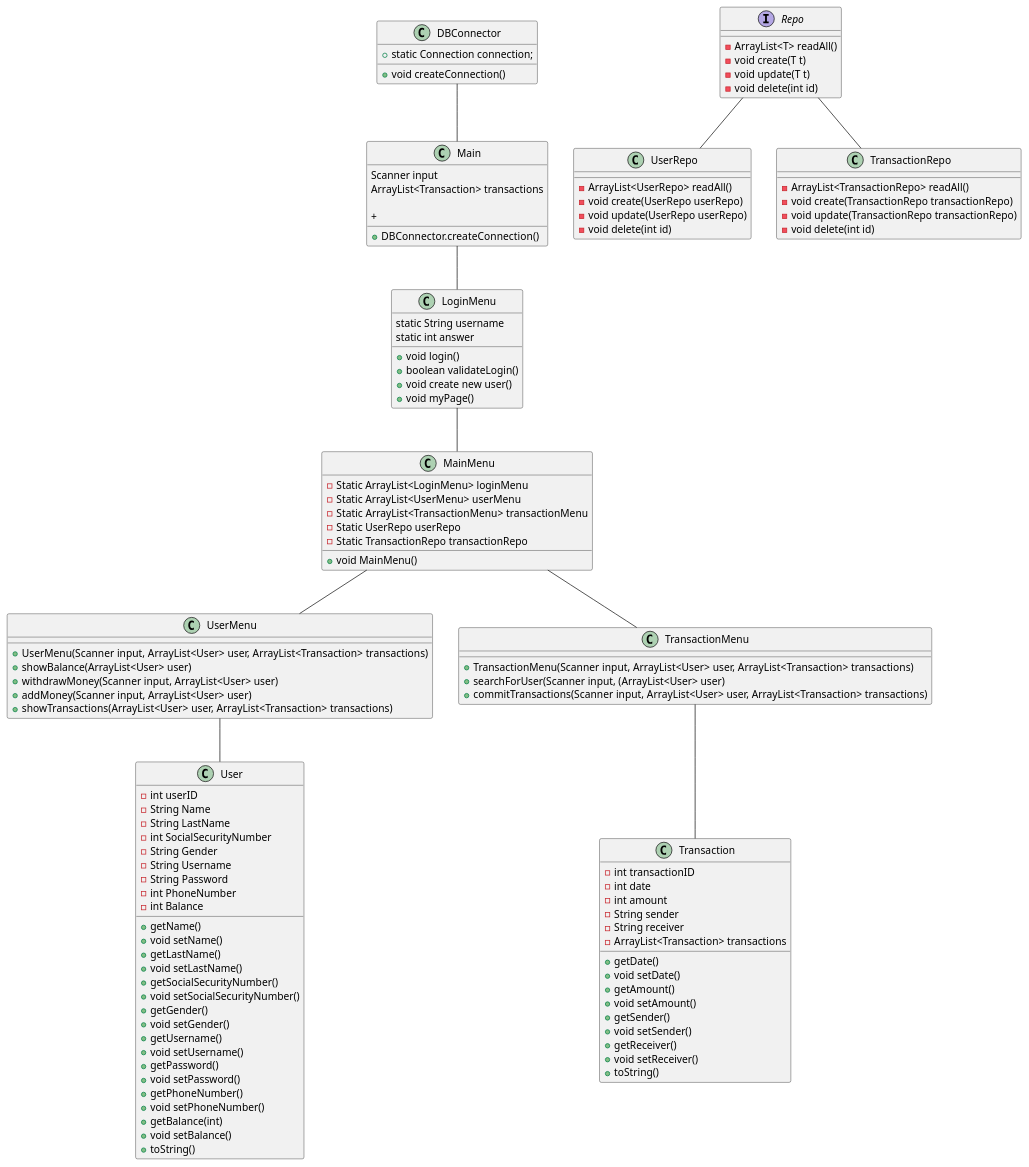
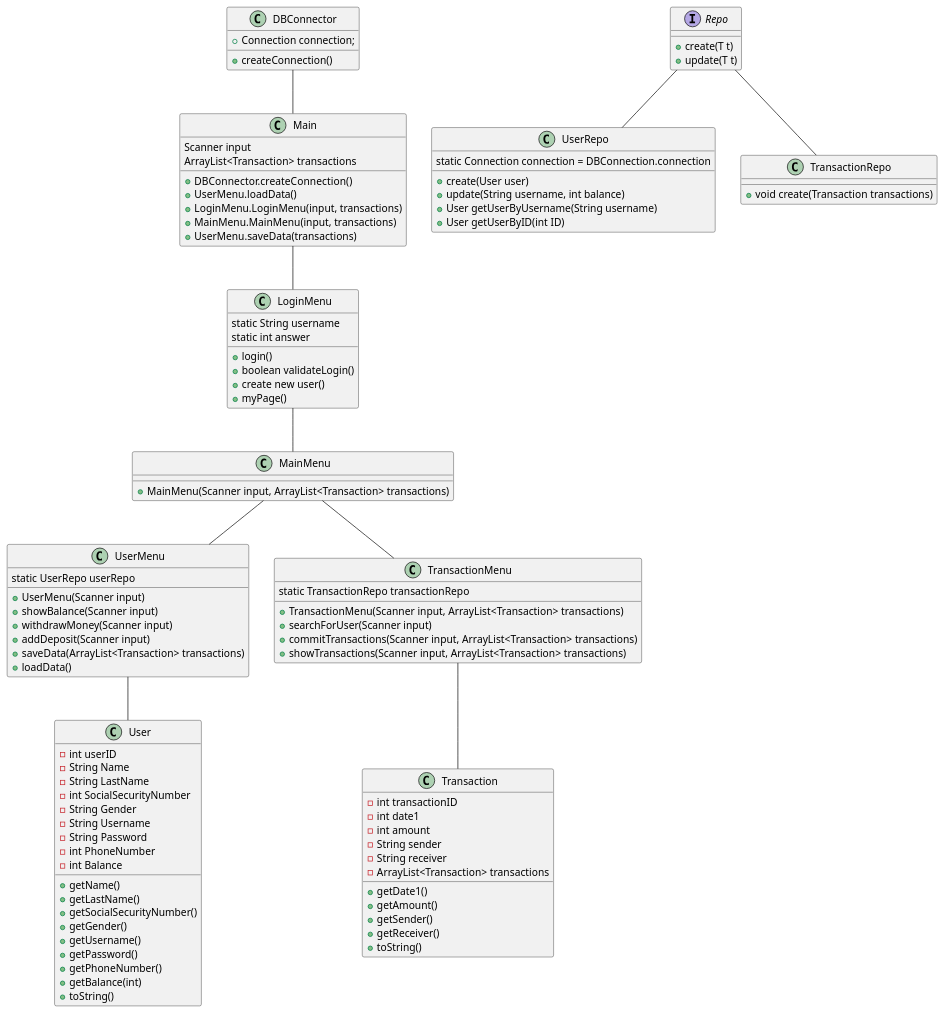
One commit to Ravnkilde1995/F22ICEPROJEKT-SWASS changed the diagram in src/dokumentation/ClassDiagramTwo.puml. Above: the diagram before and after it, drawn with PlantUML. The commit also changed 4 other files, not shown here.

Commit message:
Correction of uml diagram

```diff
--- a/src/dokumentation/ClassDiagramTwo.puml
+++ b/src/dokumentation/ClassDiagramTwo.puml
@@ -1,125 +1,118 @@
 @startuml
 
 DBConnector -- Main
 Main -- LoginMenu
 LoginMenu -- MainMenu
 MainMenu -- UserMenu
 MainMenu -- TransactionMenu
 UserMenu -- User
 TransactionMenu -- Transaction
 Repo -- UserRepo
 Repo -- TransactionRepo
 
 class DBConnector {
-+ static Connection connection;
-+ void createConnection()
++ Connection connection;
++ createConnection()
 }
 
 class LoginMenu{
  static String username
  static int answer
 
-+ void login()
++ login()
 + boolean validateLogin()
-+ void create new user()
-+ void myPage()
++ create new user()
++ myPage()
 
 }
 
 class Main{
 Scanner input
 ArrayList<Transaction> transactions
 
 + DBConnector.createConnection()
-+
++ UserMenu.loadData()
++ LoginMenu.LoginMenu(input, transactions)
++ MainMenu.MainMenu(input, transactions)
++ UserMenu.saveData(transactions)
 }
 
 class MainMenu {
-- Static ArrayList<LoginMenu> loginMenu
-- Static ArrayList<UserMenu> userMenu
-- Static ArrayList<TransactionMenu> transactionMenu
-- Static UserRepo userRepo
-- Static TransactionRepo transactionRepo
-+ void MainMenu()
++ MainMenu(Scanner input, ArrayList<Transaction> transactions)
 }
 
 class UserMenu{
-+ UserMenu(Scanner input, ArrayList<User> user, ArrayList<Transaction> transactions)
-+ showBalance(ArrayList<User> user)
-+ withdrawMoney(Scanner input, ArrayList<User> user)
-+ addMoney(Scanner input, ArrayList<User> user)
-+ showTransactions(ArrayList<User> user, ArrayList<Transaction> transactions)
+static UserRepo userRepo
+
++ UserMenu(Scanner input)
++ showBalance(Scanner input)
++ withdrawMoney(Scanner input)
++ addDeposit(Scanner input)
++ saveData(ArrayList<Transaction> transactions)
++ loadData()
 }
 
 class TransactionMenu{
-+ TransactionMenu(Scanner input, ArrayList<User> user, ArrayList<Transaction> transactions)
-+ searchForUser(Scanner input, (ArrayList<User> user)
-+ commitTransactions(Scanner input, ArrayList<User> user, ArrayList<Transaction> transactions)
+static TransactionRepo transactionRepo
+
++ TransactionMenu(Scanner input, ArrayList<Transaction> transactions)
++ searchForUser(Scanner input)
++ commitTransactions(Scanner input, ArrayList<Transaction> transactions)
++ showTransactions(Scanner input, ArrayList<Transaction> transactions)
 }
 
 class User{
 - int userID
 - String Name
 - String LastName
 - int SocialSecurityNumber
 - String Gender
 - String Username
 - String Password
 - int PhoneNumber
 - int Balance
+
 + getName()
-+ void setName()
 + getLastName()
-+ void setLastName()
 + getSocialSecurityNumber()
-+ void setSocialSecurityNumber()
 + getGender()
-+ void setGender()
 + getUsername()
-+ void setUsername()
 + getPassword()
-+ void setPassword()
 + getPhoneNumber()
-+ void setPhoneNumber()
 + getBalance(int)
-+ void setBalance()
 + toString()
 }
 class Transaction {
 - int transactionID
-- int date
+- int date1
 - int amount
 - String sender
 - String receiver
 - ArrayList<Transaction> transactions
-+ getDate()
-+ void setDate()
+
+
++ getDate1()
 + getAmount()
-+ void setAmount()
 + getSender()
-+ void setSender()
 + getReceiver()
-+ void setReceiver()
 + toString()
 }
 
 interface Repo {
-- ArrayList<T> readAll()
-- void create(T t)
-- void update(T t)
-- void delete(int id)
++ create(T t)
++ update(T t)
 }
 class UserRepo {
-- ArrayList<UserRepo> readAll()
-- void create(UserRepo userRepo)
-- void update(UserRepo userRepo)
-- void delete(int id)
+static Connection connection = DBConnection.connection
+
++ create(User user)
++ update(String username, int balance)
++ User getUserByUsername(String username)
++ User getUserByID(int ID)
+
 }
 class TransactionRepo {
-- ArrayList<TransactionRepo> readAll()
-- void create(TransactionRepo transactionRepo)
-- void update(TransactionRepo transactionRepo)
-- void delete(int id)
++ void create(Transaction transactions)
 }
 
 @enduml
```
